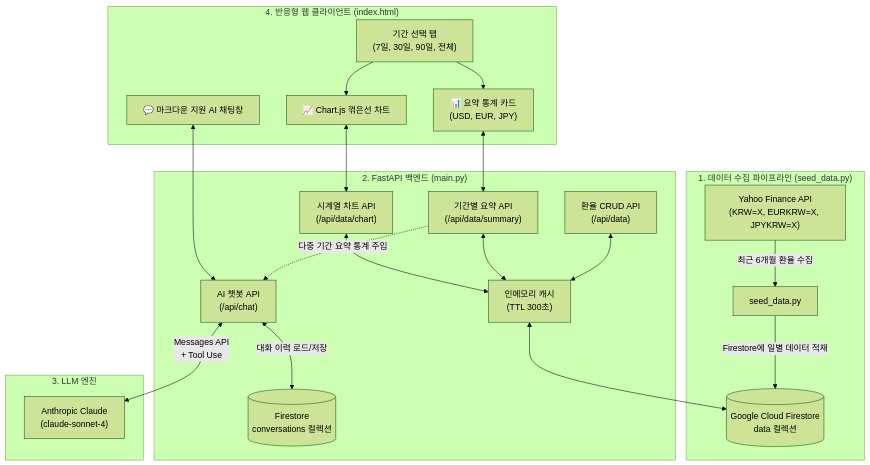
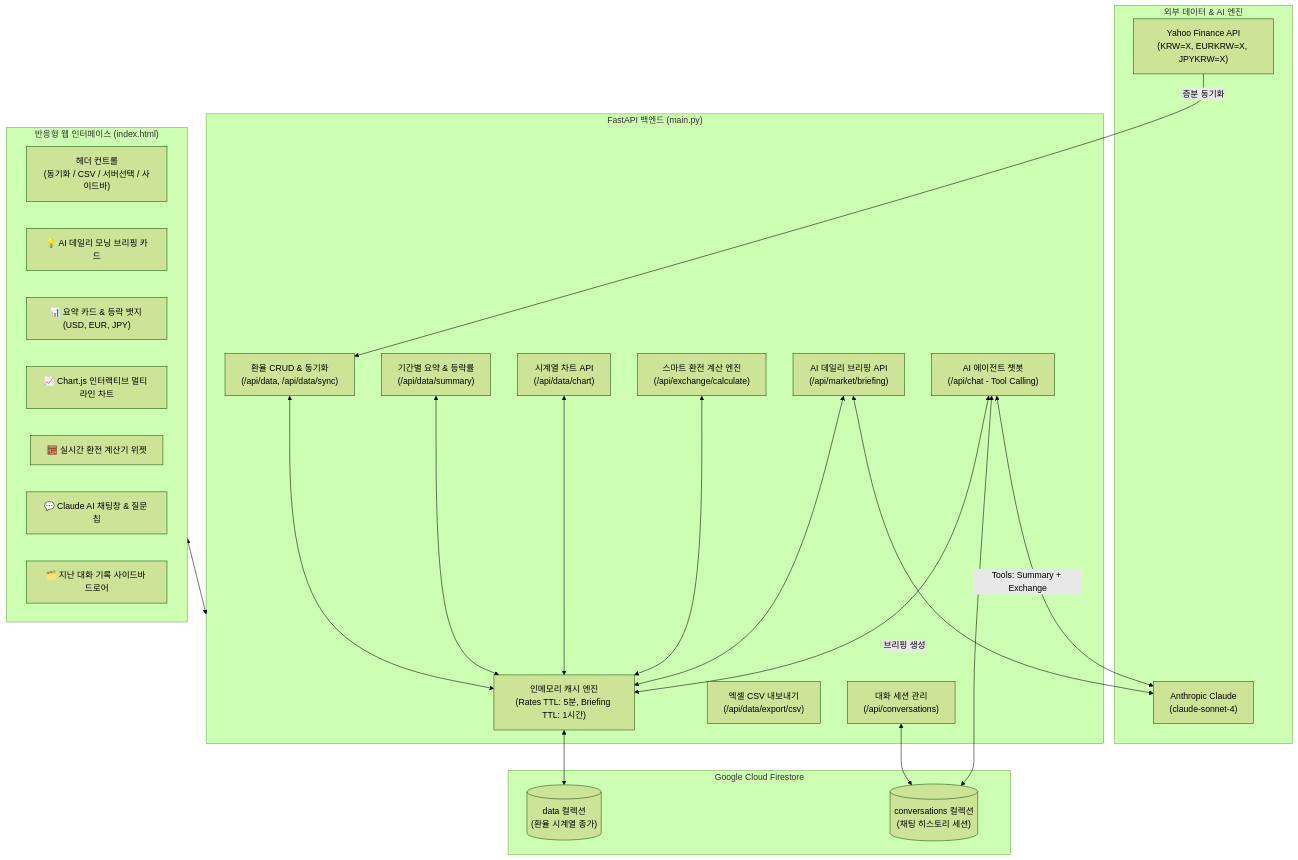
The second of 3 diagrams in README.md (mustiolla/ai_agent_fx), drawn with Mermaid (forest theme) before and after one commit. The commit also changed other lines of this file and 2 other files, not shown here.

Commit message:
feat: 환율 전일비 등락 뱃지, 실시간 동기화, AI 모닝 브리핑, 환전 계산기, 대화 히스토리 사이드바 및 CSV 내보내기 구현

````diff
--- a/README.md
+++ b/README.md
@@ -62,37 +88,51 @@
 ```mermaid
 flowchart TD
-    subgraph DataIngestion ["1. 데이터 수집 파이프라인 (seed_data.py)"]
-        YF["Yahoo Finance API<br>(KRW=X, EURKRW=X, JPYKRW=X)"] -->|"최근 6개월 환율 수집"| SEED["seed_data.py"]
-        SEED -->|"Firestore에 일별 데이터 적재"| DB_DATA[("Google Cloud Firestore<br>data 컬렉션")]
+    subgraph ExternalSources ["외부 데이터 & AI 엔진"]
+        YF["Yahoo Finance API<br>(KRW=X, EURKRW=X, JPYKRW=X)"]
+        CLAUDE["Anthropic Claude<br>(claude-sonnet-4)"]
     end
 
-    subgraph BackendServer ["2. FastAPI 백엔드 (main.py)"]
-        CACHE["인메모리 캐시<br>(TTL 300초)"] <--> DB_DATA
+    subgraph BackendServer ["FastAPI 백엔드 (main.py)"]
+        CACHE["인메모리 캐시 엔진<br>(Rates TTL: 5분, Briefing TTL: 1시간)"]
         
-        API_DATA["환율 CRUD API<br>(/api/data)"] <--> CACHE
-        API_SUM["기간별 요약 API<br>(/api/data/summary)"] <--> CACHE
-        API_CHART["시계열 차트 API<br>(/api/data/chart)"] <--> CACHE
+        API_DATA["환율 CRUD & 동기화<br>(/api/data, /api/data/sync)"]
+        API_SUM["기간별 요약 & 등락률<br>(/api/data/summary)"]
+        API_CHART["시계열 차트 API<br>(/api/data/chart)"]
+        API_CALC["스마트 환전 계산 엔진<br>(/api/exchange/calculate)"]
+        API_BRIEF["AI 데일리 브리핑 API<br>(/api/market/briefing)"]
+        API_CSV["엑셀 CSV 내보내기<br>(/api/data/export/csv)"]
+        API_CONV["대화 세션 관리<br>(/api/conversations)"]
+        API_CHAT["AI 에이전트 챗봇<br>(/api/chat - Tool Calling)"]
 
-        API_CHAT["AI 챗봇 API<br>(/api/chat)"]
-        API_SUM -.->|"다중 기간 요약 통계 주입"| API_CHAT
-        API_CHAT <-->|대화 이력 로드/저장| DB_CONV[("Firestore<br>conversations 컬렉션")]
+        API_DATA <--> CACHE
+        API_SUM <--> CACHE
+        API_CHART <--> CACHE
+        API_CALC <--> CACHE
+        API_BRIEF <--> CACHE
+        API_CHAT <--> CACHE
     end
 
-    subgraph ExternalAI ["3. LLM 엔진"]
-        CLAUDE["Anthropic Claude<br>(claude-sonnet-4)"]
-        API_CHAT <-->|"Messages API<br>+ Tool Use"| CLAUDE
+    subgraph Database ["Google Cloud Firestore"]
+        DB_DATA[("data 컬렉션<br>(환율 시계열 종가)")]
+        DB_CONV[("conversations 컬렉션<br>(채팅 히스토리 세션)")]
+        CACHE <--> DB_DATA
+        API_CONV <--> DB_CONV
+        API_CHAT <--> DB_CONV
     end
 
-    subgraph FrontendApp ["4. 반응형 웹 클라이언트 (index.html)"]
-        UI_TAB["기간 선택 탭<br>(7일, 30일, 90일, 전체)"]
-        UI_SUM["📊 요약 통계 카드<br>(USD, EUR, JPY)"]
-        UI_CHART["📈 Chart.js 꺾은선 차트"]
-        UI_CHAT["💬 마크다운 지원 AI 채팅창"]
+    subgraph FrontendApp ["반응형 웹 인터페이스 (index.html)"]
+        UI_HEADER["헤더 컨트롤<br>(동기화 / CSV / 서버선택 / 사이드바)"]
+        UI_BRIEF["💡 AI 데일리 모닝 브리핑 카드"]
+        UI_SUM["📊 요약 카드 & 등락 뱃지 (USD, EUR, JPY)"]
+        UI_CHART["📈 Chart.js 인터랙티브 멀티 라인 차트"]
+        UI_CALC["🧮 실시간 환전 계산기 위젯"]
+        UI_CHAT["💬 Claude AI 채팅창 & 질문 칩"]
+        UI_SIDEBAR["🗂️ 지난 대화 기록 사이드바 드로어"]
+    end
 
-        UI_TAB --> UI_SUM
-        UI_TAB --> UI_CHART
-        UI_SUM <--> API_SUM
-        UI_CHART <--> API_CHART
-        UI_CHAT <--> API_CHAT
-    end
+    YF -->|증분 동기화| API_DATA
+    API_BRIEF <-->|브리핑 생성| CLAUDE
+    API_CHAT <-->|Tools: Summary + Exchange| CLAUDE
+
+    FrontendApp <--> BackendServer
 ```
````
